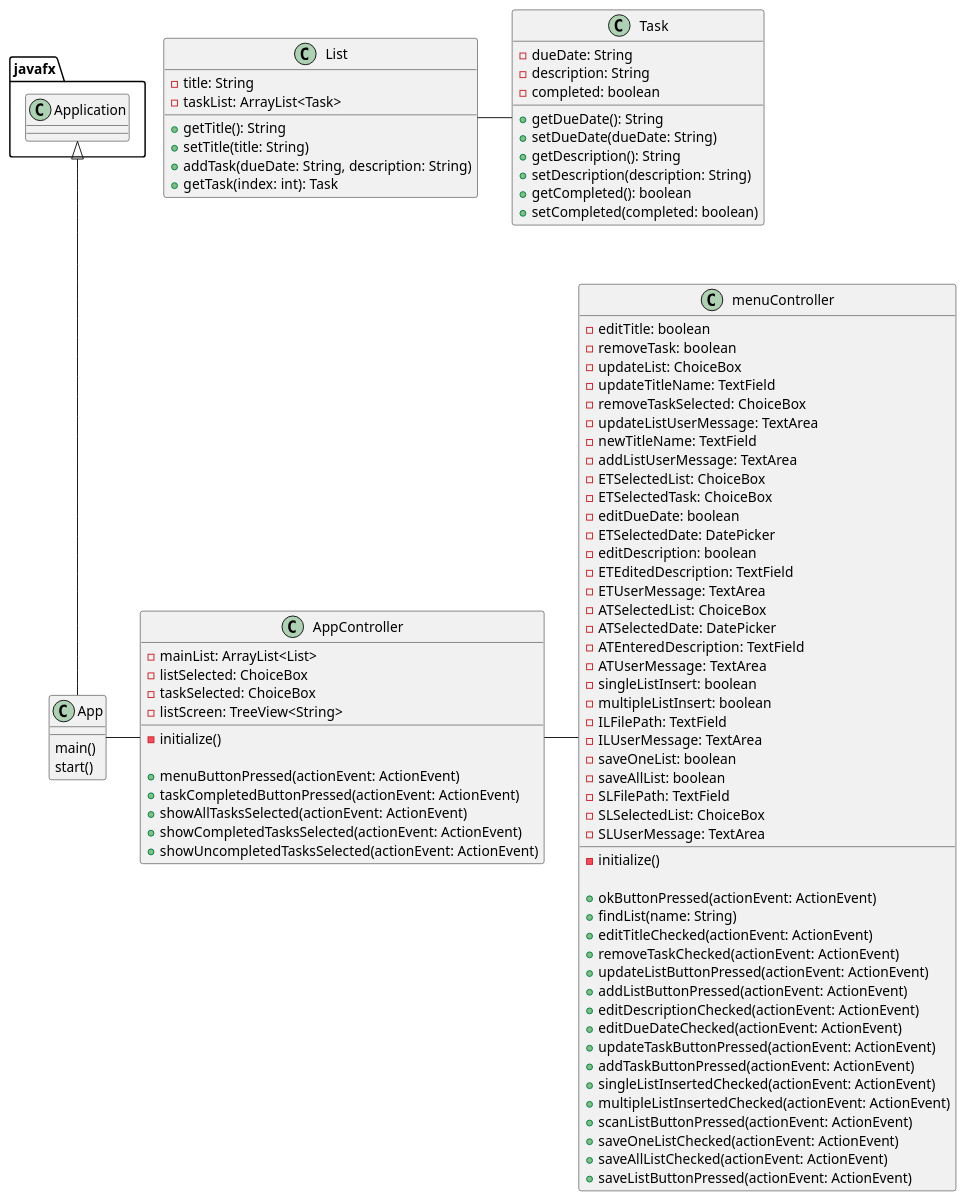
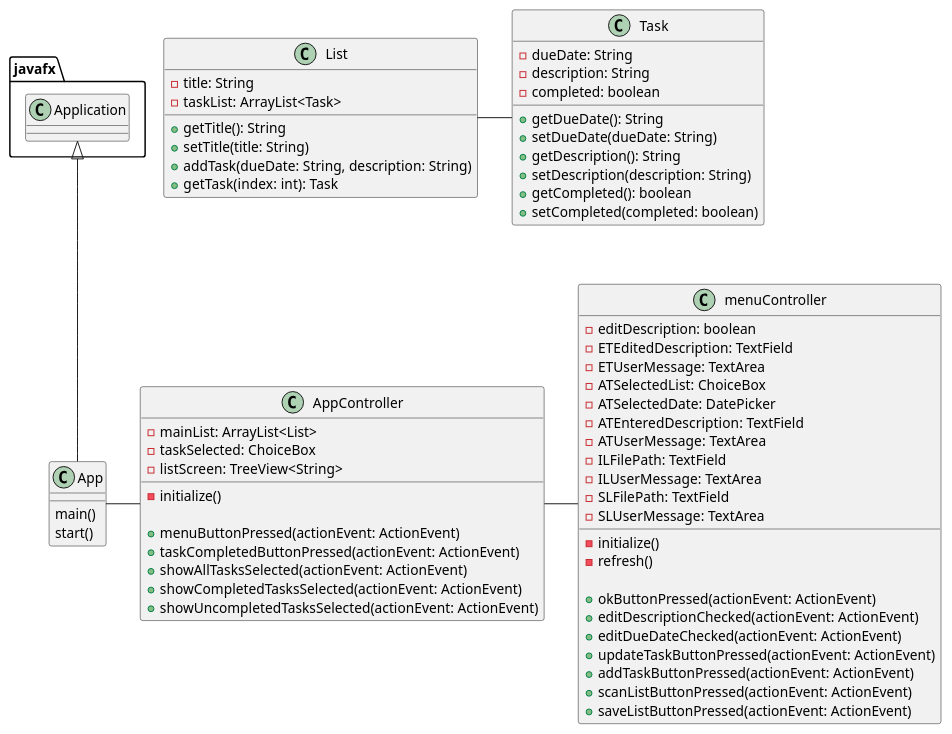
Before and after one commit to ashley-m0/OOP-Assignment4-Part2: the diagram in uml/AppDiagram.puml, drawn with PlantUML. The commit also changed 6 other files, not shown here.

```diff
--- a/uml/AppDiagram.puml
+++ b/uml/AppDiagram.puml
@@ -1,102 +1,76 @@
 @startuml
 'https://plantuml.com/sequence-diagram
 
 class App{
     main()
     start()
 }
 
 class AppController{
     - mainList: ArrayList<List>
-    - listSelected: ChoiceBox
     - taskSelected: ChoiceBox
     - listScreen: TreeView<String>
     - initialize()
 
     + menuButtonPressed(actionEvent: ActionEvent)
     + taskCompletedButtonPressed(actionEvent: ActionEvent)
     + showAllTasksSelected(actionEvent: ActionEvent)
     + showCompletedTasksSelected(actionEvent: ActionEvent)
     + showUncompletedTasksSelected(actionEvent: ActionEvent)
 
 }
 
 class List{
     - title: String
     - taskList: ArrayList<Task>
 
     + getTitle(): String
     + setTitle(title: String)
     + addTask(dueDate: String, description: String)
     + getTask(index: int): Task
 }
 
 class menuController{
 
-    - editTitle: boolean
-    - removeTask: boolean
-    - updateList: ChoiceBox
-    - updateTitleName: TextField
-    - removeTaskSelected: ChoiceBox
-    - updateListUserMessage: TextArea
-    - newTitleName: TextField
-    - addListUserMessage: TextArea
-    - ETSelectedList: ChoiceBox
-    - ETSelectedTask: ChoiceBox
-    - editDueDate: boolean
-    - ETSelectedDate: DatePicker
     - editDescription: boolean
     - ETEditedDescription: TextField
     - ETUserMessage: TextArea
     - ATSelectedList: ChoiceBox
     - ATSelectedDate: DatePicker
     - ATEnteredDescription: TextField
     - ATUserMessage: TextArea
-    - singleListInsert: boolean
-    - multipleListInsert: boolean
     - ILFilePath: TextField
     - ILUserMessage: TextArea
-    - saveOneList: boolean
-    - saveAllList: boolean
     - SLFilePath: TextField
-    - SLSelectedList: ChoiceBox
     - SLUserMessage: TextArea
     - initialize()
+    - refresh()
 
     + okButtonPressed(actionEvent: ActionEvent)
-    + findList(name: String)
-    + editTitleChecked(actionEvent: ActionEvent)
-    + removeTaskChecked(actionEvent: ActionEvent)
-    + updateListButtonPressed(actionEvent: ActionEvent)
-    + addListButtonPressed(actionEvent: ActionEvent)
     + editDescriptionChecked(actionEvent: ActionEvent)
     + editDueDateChecked(actionEvent: ActionEvent)
     + updateTaskButtonPressed(actionEvent: ActionEvent)
     + addTaskButtonPressed(actionEvent: ActionEvent)
-    + singleListInsertedChecked(actionEvent: ActionEvent)
-    + multipleListInsertedChecked(actionEvent: ActionEvent)
     + scanListButtonPressed(actionEvent: ActionEvent)
-    + saveOneListChecked(actionEvent: ActionEvent)
-    + saveAllListChecked(actionEvent: ActionEvent)
     + saveListButtonPressed(actionEvent: ActionEvent)
 }
 
 class Task{
     - dueDate: String
     - description: String
     - completed: boolean
 
     + getDueDate(): String
     + setDueDate(dueDate: String)
     + getDescription(): String
     + setDescription(description: String)
     + getCompleted(): boolean
     + setCompleted(completed: boolean)
 }
 
 javafx.Application <|-- App
 
 App -  AppController
 AppController - menuController
 List - Task
 @enduml
```
